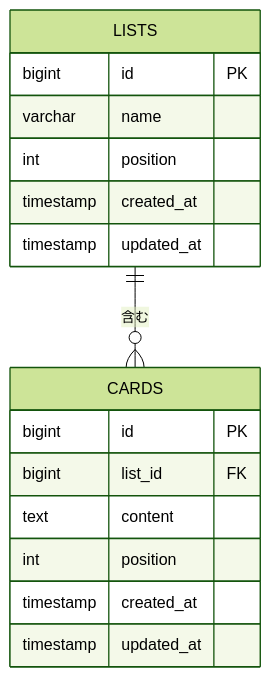
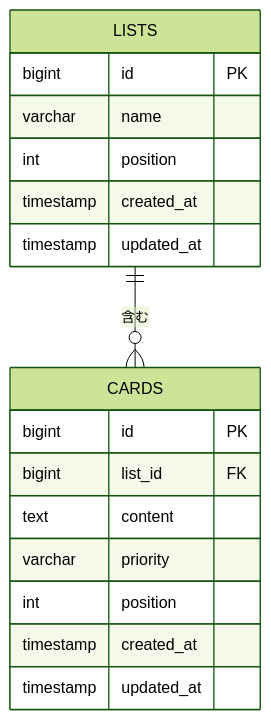
One commit to shijirou/shin-app-ToDo-2 changed the diagram in docs/er-diagram.md. Above: the diagram before and after it, drawn with Mermaid (forest theme). The commit also changed other lines of this file and 1 other file, not shown here.

````diff
--- a/docs/er-diagram.md
+++ b/docs/er-diagram.md
@@ -9,19 +9,20 @@
 ```mermaid
 erDiagram
     LISTS ||--o{ CARDS : "含む"
     LISTS {
         bigint id PK
         varchar name
         int position
         timestamp created_at
         timestamp updated_at
     }
     CARDS {
         bigint id PK
         bigint list_id FK
         text content
+        varchar priority
         int position
         timestamp created_at
         timestamp updated_at
     }
 ```
````
